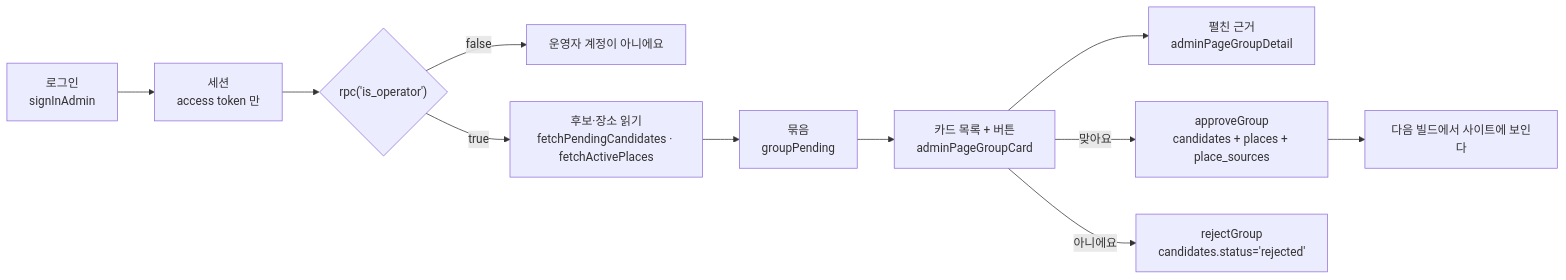
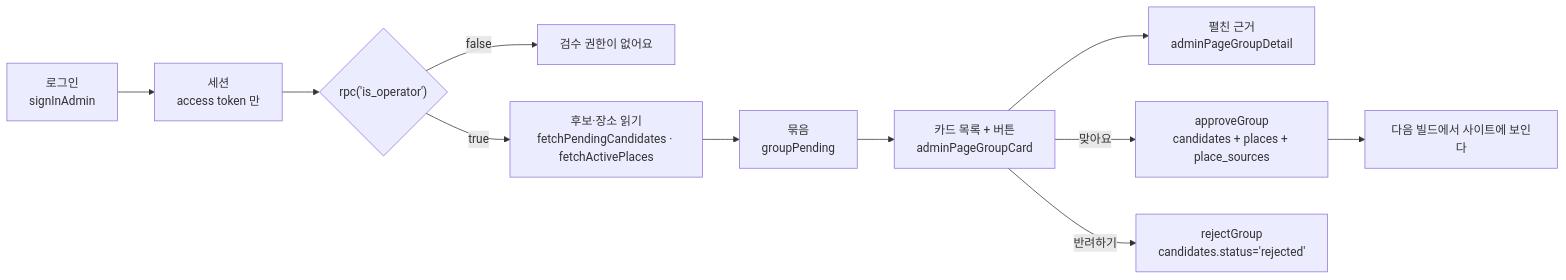
The diagram in docs/features/admin-review.md (hoiya-woohyun/zgnn), drawn with Mermaid before and after one commit. The commit also changed other lines of this file and 20 other files, not shown here.

````diff
--- a/docs/features/admin-review.md
+++ b/docs/features/admin-review.md
@@ -15,13 +20,13 @@
 ```mermaid
 flowchart LR
   L["로그인<br/>signInAdmin"] --> S["세션<br/>access token 만"]
   S --> OP{"rpc('is_operator')"}
-  OP -->|false| NO["운영자 계정이 아니에요"]
+  OP -->|false| NO["검수 권한이 없어요"]
   OP -->|true| F["후보·장소 읽기<br/>fetchPendingCandidates · fetchActivePlaces"]
   F --> G["묶음<br/>groupPending"]
   G --> C["카드 목록 + 버튼<br/>adminPageGroupCard"]
   C --> D["펼친 근거<br/>adminPageGroupDetail"]
   C -->|맞아요| A["approveGroup<br/>candidates + places + place_sources"]
-  C -->|아니에요| R["rejectGroup<br/>candidates.status='rejected'"]
+  C -->|반려하기| R["rejectGroup<br/>candidates.status='rejected'"]
   A --> B["다음 빌드에서 사이트에 보인다"]
 ```
````
